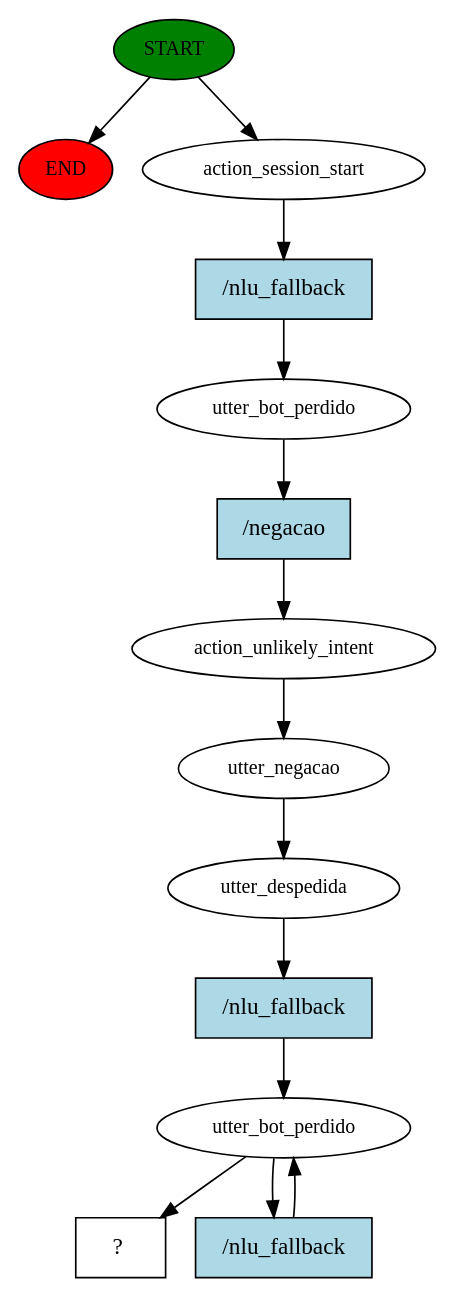
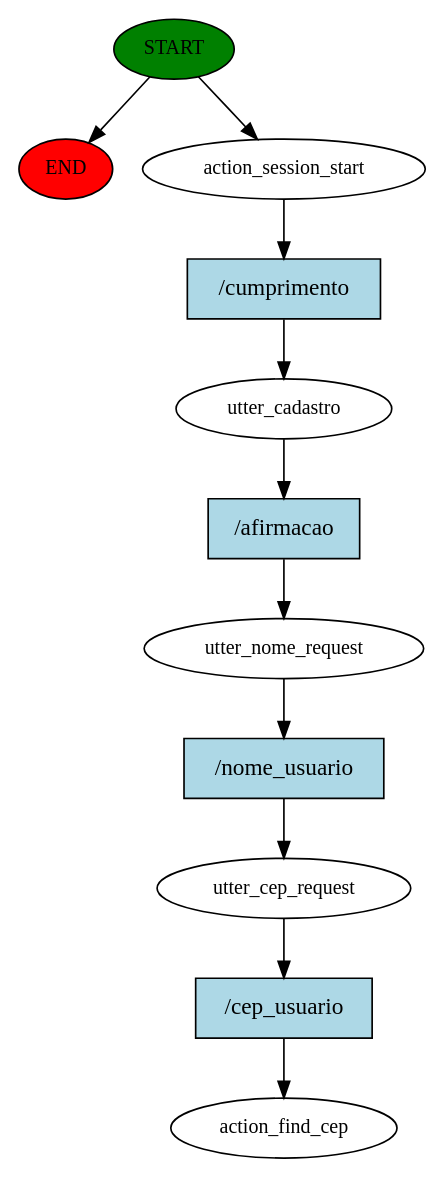
Before and after one commit to JuanFSR/JAM-Bot: the diagram in src/story_graph.dot, drawn with Graphviz. The commit also changed 9 other files, not shown here.

Commit message:
feat/entregavel-7: adding cep find

```diff
--- a/src/story_graph.dot
+++ b/src/story_graph.dot
@@ -1,28 +1,23 @@
 digraph  {
 0 [class="start active", fillcolor=green, fontsize=12, label=START, style=filled];
 "-1" [class=end, fillcolor=red, fontsize=12, label=END, style=filled];
 1 [class=active, fontsize=12, label=action_session_start];
-2 [class=active, fontsize=12, label=utter_bot_perdido];
-3 [class=active, fontsize=12, label=action_unlikely_intent];
-4 [class=active, fontsize=12, label=utter_negacao];
-5 [class=active, fontsize=12, label=utter_despedida];
-6 [class=active, fontsize=12, label=utter_bot_perdido];
-8 [class="intent dashed active", label="  ?  ", shape=rect];
-9 [class="intent active", fillcolor=lightblue, label="/nlu_fallback", shape=rect, style=filled];
-10 [class="intent active", fillcolor=lightblue, label="/negacao", shape=rect, style=filled];
-11 [class="intent active", fillcolor=lightblue, label="/nlu_fallback", shape=rect, style=filled];
-12 [class="intent active", fillcolor=lightblue, label="/nlu_fallback", shape=rect, style=filled];
+2 [class=active, fontsize=12, label=utter_cadastro];
+3 [class=active, fontsize=12, label=utter_nome_request];
+4 [class=active, fontsize=12, label=utter_cep_request];
+5 [class="dashed active", fontsize=12, label=action_find_cep];
+6 [class="intent active", fillcolor=lightblue, label="/cumprimento", shape=rect, style=filled];
+7 [class="intent active", fillcolor=lightblue, label="/afirmacao", shape=rect, style=filled];
+8 [class="intent active", fillcolor=lightblue, label="/nome_usuario", shape=rect, style=filled];
+9 [class="intent active", fillcolor=lightblue, label="/cep_usuario", shape=rect, style=filled];
 0 -> "-1"  [class="", key=NONE, label=""];
 0 -> 1  [class=active, key=NONE, label=""];
-1 -> 9  [class=active, key=0];
-2 -> 10  [class=active, key=0];
-3 -> 4  [class=active, key=NONE, label=""];
-4 -> 5  [class=active, key=NONE, label=""];
-5 -> 11  [class=active, key=0];
-6 -> 8  [class=active, key=NONE, label=""];
-6 -> 12  [class=active, key=0];
-9 -> 2  [class=active, key=0];
-10 -> 3  [class=active, key=0];
-11 -> 6  [class=active, key=0];
-12 -> 6  [class=active, key=0];
+1 -> 6  [class=active, key=0];
+2 -> 7  [class=active, key=0];
+3 -> 8  [class=active, key=0];
+4 -> 9  [class=active, key=0];
+6 -> 2  [class=active, key=0];
+7 -> 3  [class=active, key=0];
+8 -> 4  [class=active, key=0];
+9 -> 5  [class=active, key=0];
 }
```
